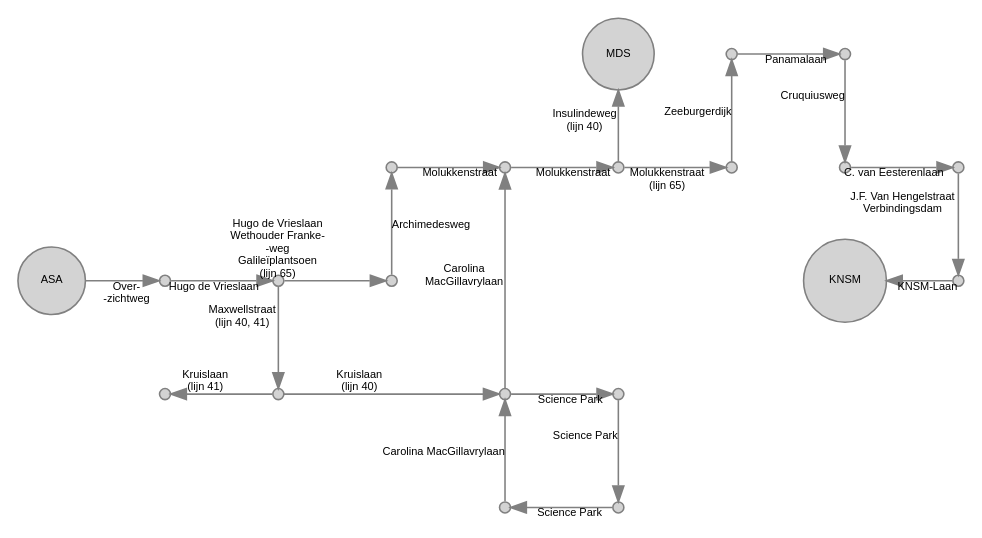
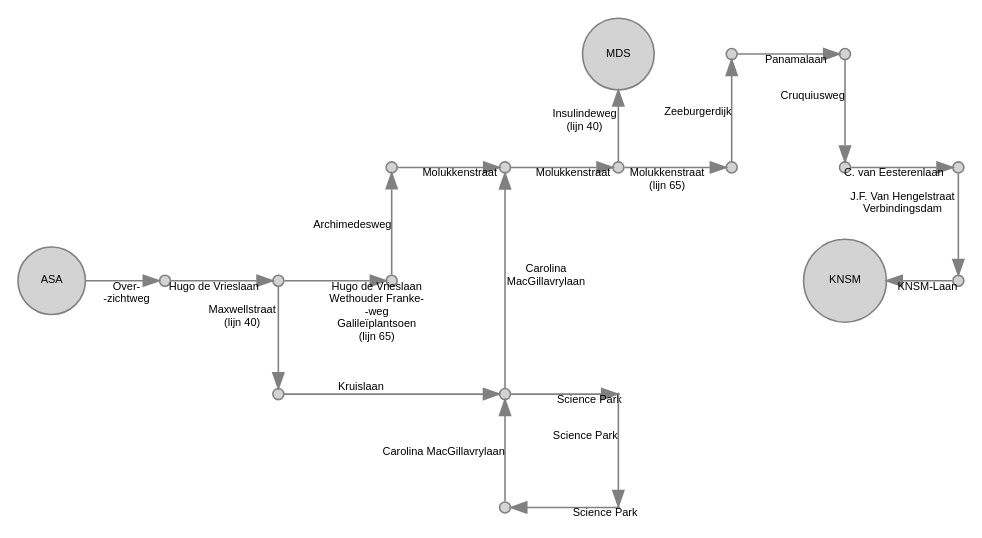
The diagram in gvb/ASA.gv (JacekPardyak/bus), drawn with Graphviz before and after one commit. The commit also changed 10 other files, not shown here.

```diff
--- a/gvb/ASA.gv
+++ b/gvb/ASA.gv
@@ -1,66 +1,61 @@
 digraph G {
   layout = neato
   node [shape = circle, style = filled, fillcolor = lightgray, color=gray, height=0.1, label = "", fontsize = 7, fontname = "Arial"]
   edge [color=gray, fontsize = 7, fontname = "Arial"]
 
   4000 [pos = "0, 0!", label = "ASA"]
   4001 [pos = "1, 0!"]
   4002 [pos = "2, 0!"]
   4003 [pos = "2,-1!"]
   4004 [pos = "4,-1!"]
-  4005 [pos = "5,-1!"]
-  4006 [pos = "5,-2!"]
+  4005 [pos = "5,-1!", height=0.01]
+  4006 [pos = "5,-2!", height=0.01]
   4007 [pos = "4,-2!"]
   4008 [pos = "5, 2!", label = "MDS"]
-  
-  4100 [pos = "1,-1!"]
   
   6500 [pos = "3, 0!"]
   6501 [pos = "3, 1!"]
   6502 [pos = "4, 1!"]
   6503 [pos = "5, 1!"]
   6504 [pos = "6, 1!"]
   6505 [pos = "6, 2!"]
   6506 [pos = "7, 2!"]
   6507 [pos = "7, 1!"]
   6508 [pos = "8, 1!"]
   6509 [pos = "8, 0!"]
   6510 [pos = "7, 0!", label = "KNSM"]
 
   4000 -> 4001 [label = "Over-
 -zichtweg"]
   4001 -> 4002 [label = "Hugo de Vrieslaan"]
   4002 -> 6500 [label = "Hugo de Vrieslaan 
  Wethouder Franke-
 -weg 
  Galileïplantsoen 
  (lijn 65)"]
   
   4002 -> 4003 [label = "Maxwellstraat 
- (lijn 40, 41)"]
-  4003 -> 4004 [label = "Kruislaan 
  (lijn 40)"]
-  4003 -> 4100 [label = "Kruislaan 
- (lijn 41)"]
+  4003 -> 4004 [label = "Kruislaan"]
   4004 -> 4005 [label = "Science Park"]
   4005 -> 4006 [label = "Science Park"]
   4006 -> 4007 [label = "Science Park"]
   4007 -> 4004 [label = "Carolina MacGillavrylaan"]
   4004 -> 6502 [label = "Carolina 
  MacGillavrylaan"]
   
   6500 -> 6501 [label = "Archimedesweg"]
   6501 -> 6502 [label = "Molukkenstraat"]
   6502 -> 6503 [label = "Molukkenstraat"]
   6503 -> 6504 [label = "Molukkenstraat 
  (lijn 65)"]
   6504 -> 6505 [label = "Zeeburgerdijk"]
   6505 -> 6506 [label = "Panamalaan"]
   6506 -> 6507 [label = "Cruquiusweg"]
   6507 -> 6508 [label = "C. van Eesterenlaan"]
   6508 -> 6509 [label = "J.F. Van Hengelstraat 
  Verbindingsdam"]
   6509 -> 6510 [label = "KNSM-Laan"]
   6503 -> 4008 [label = "Insulindeweg 
  (lijn 40)"]
 }
```
